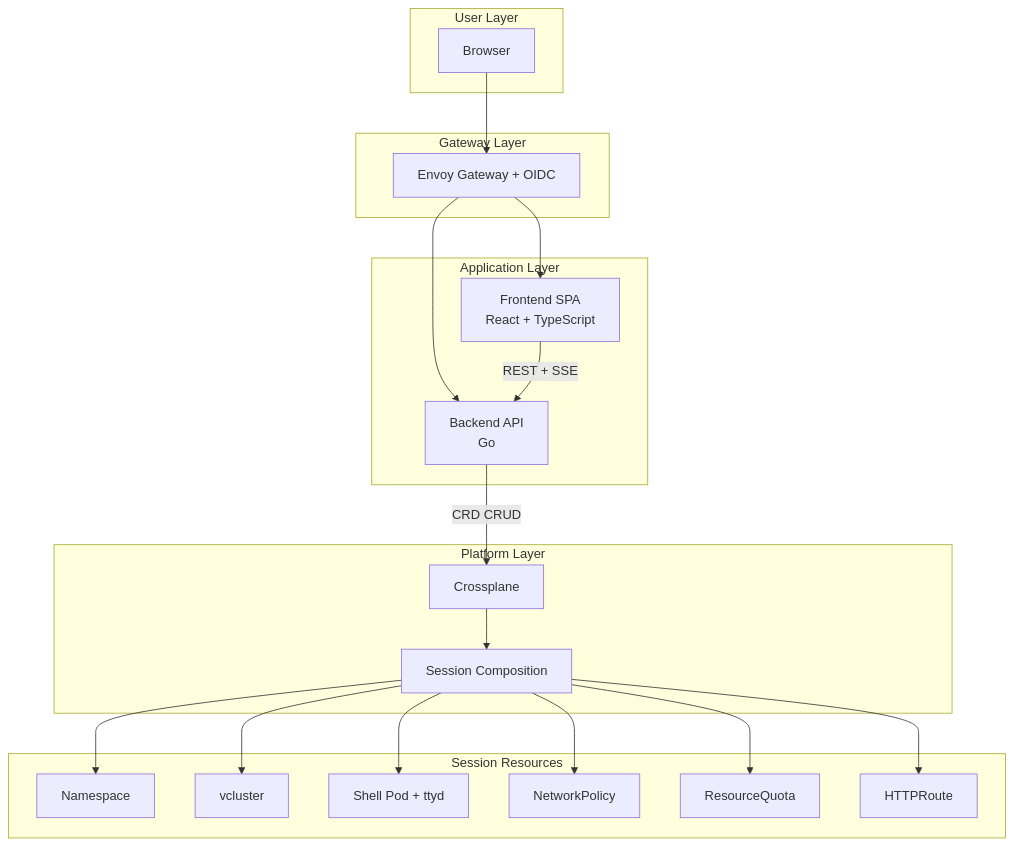
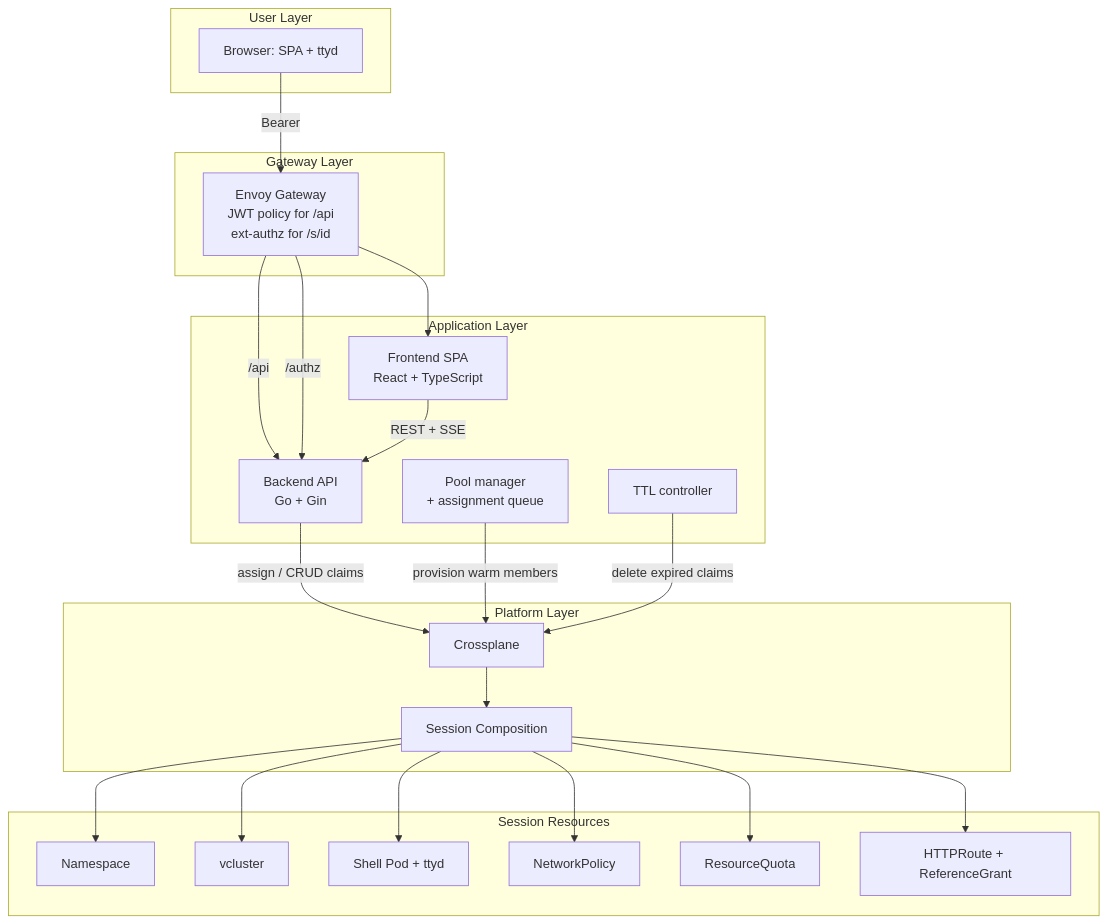
The diagram in README.md (jeremy-misola/kubesandbox), drawn with Mermaid before and after one commit. The commit also changed other lines of this file and 26 other files, not shown here.

````diff
--- a/README.md
+++ b/README.md
@@ -67,42 +70,47 @@
 ```mermaid
 flowchart TB
     subgraph User Layer
-        Browser[Browser]
+        Browser[Browser: SPA + ttyd]
     end
 
     subgraph Gateway Layer
-        Envoy[Envoy Gateway + OIDC]
+        Envoy[Envoy Gateway<br/>JWT policy for /api<br/>ext-authz for /s/id]
     end
 
     subgraph Application Layer
         Frontend[Frontend SPA<br/>React + TypeScript]
-        Backend[Backend API<br/>Go]
+        Backend[Backend API<br/>Go + Gin]
+        Pool[Pool manager<br/>+ assignment queue]
+        TTL[TTL controller]
     end
 
     subgraph Platform Layer
         Crossplane[Crossplane]
         Composition[Session Composition]
     end
 
     subgraph Session Resources
         NS[Namespace]
         VCluster[vcluster]
         Shell[Shell Pod + ttyd]
         NP[NetworkPolicy]
         RQ[ResourceQuota]
-        Route[HTTPRoute]
+        Route[HTTPRoute + ReferenceGrant]
     end
 
-    Browser --> Envoy
+    Browser -->|Bearer| Envoy
     Envoy --> Frontend
-    Envoy --> Backend
+    Envoy -->|/api| Backend
+    Envoy -->|/authz| Backend
     Frontend -->|REST + SSE| Backend
-    Backend -->|CRD CRUD| Crossplane
+    Backend -->|assign / CRUD claims| Crossplane
+    Pool -->|provision warm members| Crossplane
+    TTL -->|delete expired claims| Crossplane
     Crossplane --> Composition
     Composition --> NS
     Composition --> VCluster
     Composition --> Shell
     Composition --> NP
     Composition --> RQ
     Composition --> Route
 ```
````
